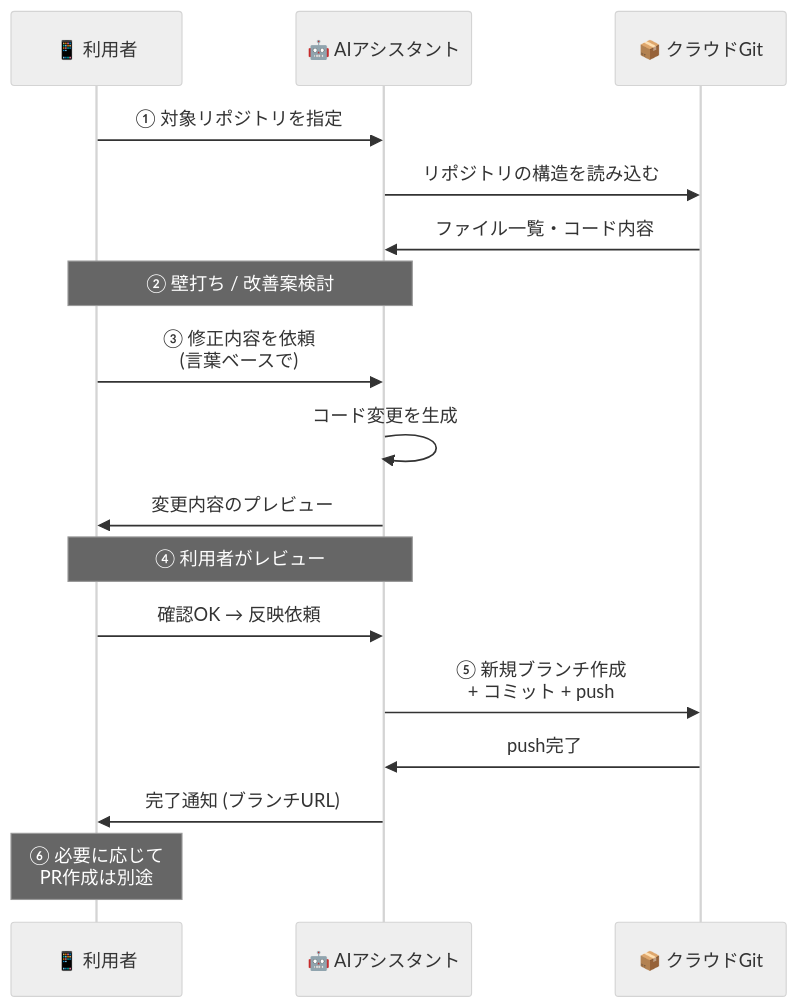
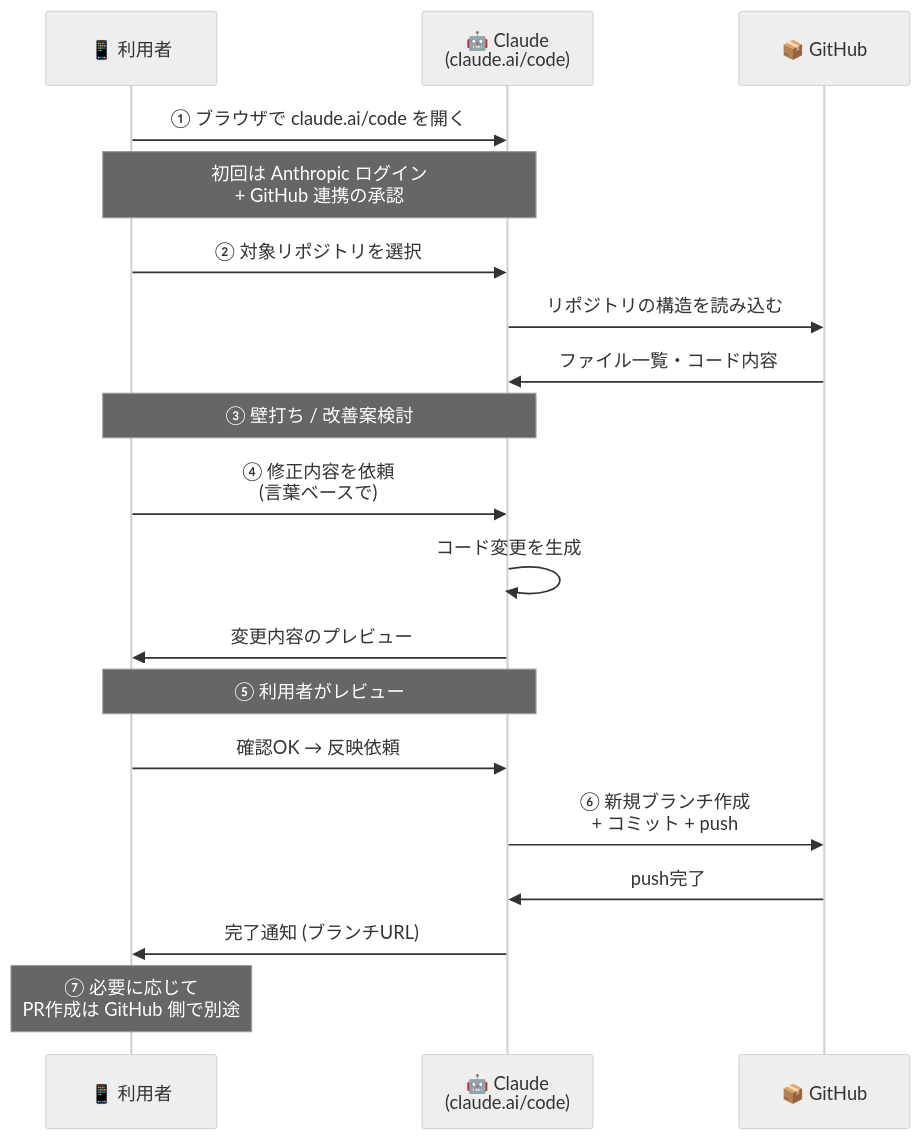
One commit to kasuyaofcb/tech_docs changed the sixth of 11 diagrams in 05_mobile-workflow/mobile-workflow.md. Above: the diagram before and after it, drawn with Mermaid (neutral theme). The commit also changed other lines of this file, not shown here.

First line of the commit message:
docs(mobile-workflow): Claude Code on the web 中心の記述に絞り込み

````diff
--- a/05_mobile-workflow/mobile-workflow.md
+++ b/05_mobile-workflow/mobile-workflow.md
@@ -148,20 +148,22 @@
 ```mermaid
 sequenceDiagram
     participant U as 📱 利用者
-    participant A as 🤖 AIアシスタント
-    participant G as 📦 クラウドGit
+    participant C as 🤖 Claude<br/>(claude.ai/code)
+    participant G as 📦 GitHub
 
-    U->>A: ① 対象リポジトリを指定
-    A->>G: リポジトリの構造を読み込む
-    G->>A: ファイル一覧・コード内容
-    Note over U,A: ② 壁打ち / 改善案検討
-    U->>A: ③ 修正内容を依頼<br/>(言葉ベースで)
-    A->>A: コード変更を生成
-    A->>U: 変更内容のプレビュー
-    Note over U,A: ④ 利用者がレビュー
-    U->>A: 確認OK → 反映依頼
-    A->>G: ⑤ 新規ブランチ作成<br/>+ コミット + push
-    G->>A: push完了
-    A->>U: 完了通知 (ブランチURL)
-    Note over U: ⑥ 必要に応じて<br/>PR作成は別途
+    U->>C: ① ブラウザで claude.ai/code を開く
+    Note over U,C: 初回は Anthropic ログイン<br/>+ GitHub 連携の承認
+    U->>C: ② 対象リポジトリを選択
+    C->>G: リポジトリの構造を読み込む
+    G->>C: ファイル一覧・コード内容
+    Note over U,C: ③ 壁打ち / 改善案検討
+    U->>C: ④ 修正内容を依頼<br/>(言葉ベースで)
+    C->>C: コード変更を生成
+    C->>U: 変更内容のプレビュー
+    Note over U,C: ⑤ 利用者がレビュー
+    U->>C: 確認OK → 反映依頼
+    C->>G: ⑥ 新規ブランチ作成<br/>+ コミット + push
+    G->>C: push完了
+    C->>U: 完了通知 (ブランチURL)
+    Note over U: ⑦ 必要に応じて<br/>PR作成は GitHub 側で別途
 ```
````
